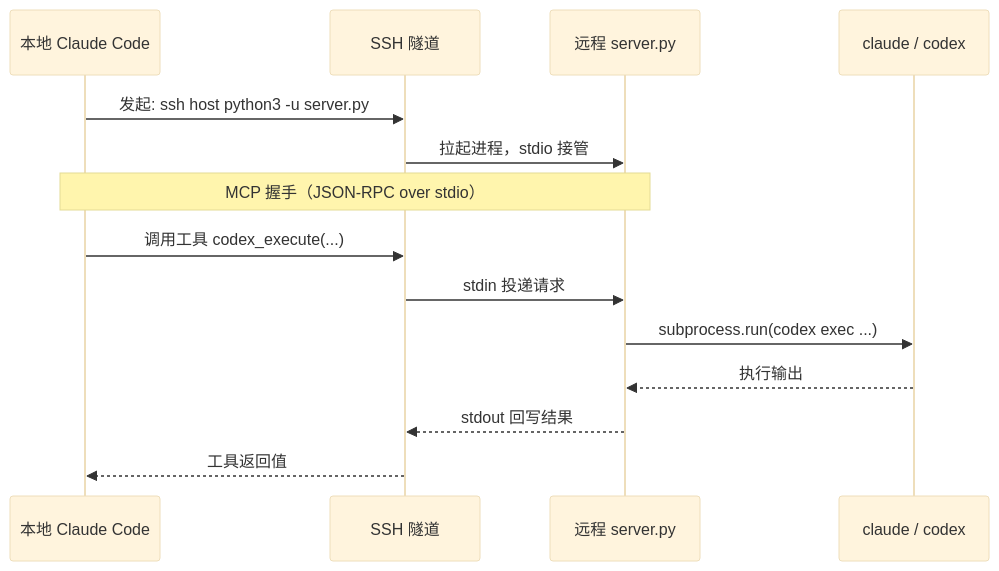
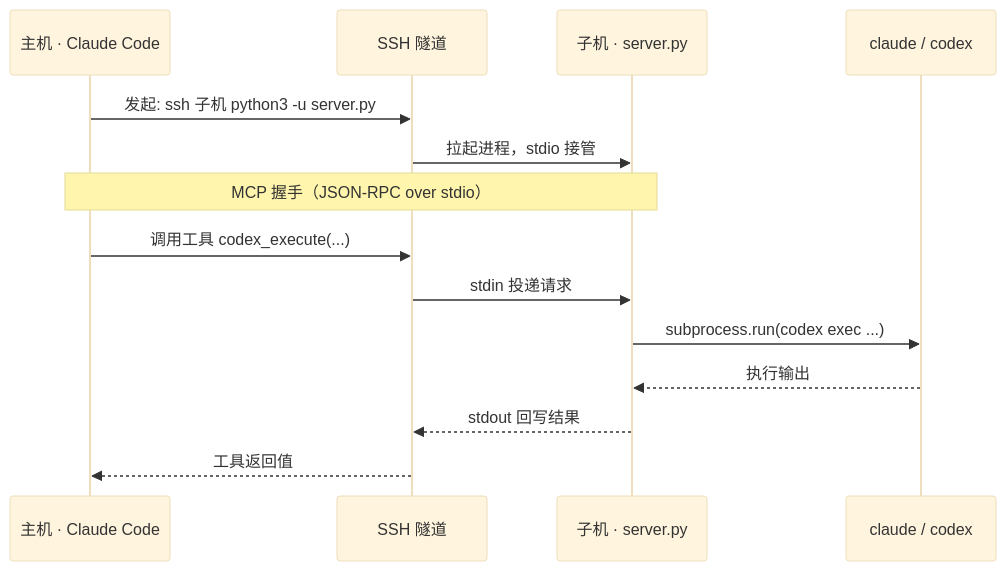
The third of 5 diagrams in README.md (hashiruu/infinite-subagent), drawn with Mermaid (base theme) before and after one commit. The commit also changed other lines of this file and 1 other file, not shown here.

First line of the commit message:
docs: rewrite README — all-mermaid diagrams, host/sub tagging, restructured

````diff
--- a/README.md
+++ b/README.md
@@ -64,16 +154,16 @@
 ```mermaid
 sequenceDiagram
-  participant CC as 本地 Claude Code
+  participant CC as 主机 · Claude Code
   participant SSH as SSH 隧道
-  participant SRV as 远程 server.py
+  participant SRV as 子机 · server.py
   participant AI as claude / codex
-  CC->>SSH: 发起: ssh host python3 -u server.py
+  CC->>SSH: 发起: ssh 子机 python3 -u server.py
   SSH->>SRV: 拉起进程，stdio 接管
   Note over CC,SRV: MCP 握手（JSON-RPC over stdio）
   CC->>SSH: 调用工具 codex_execute(...)
   SSH->>SRV: stdin 投递请求
   SRV->>AI: subprocess.run(codex exec ...)
   AI-->>SRV: 执行输出
   SRV-->>SSH: stdout 回写结果
   SSH-->>CC: 工具返回值
 ```
````
